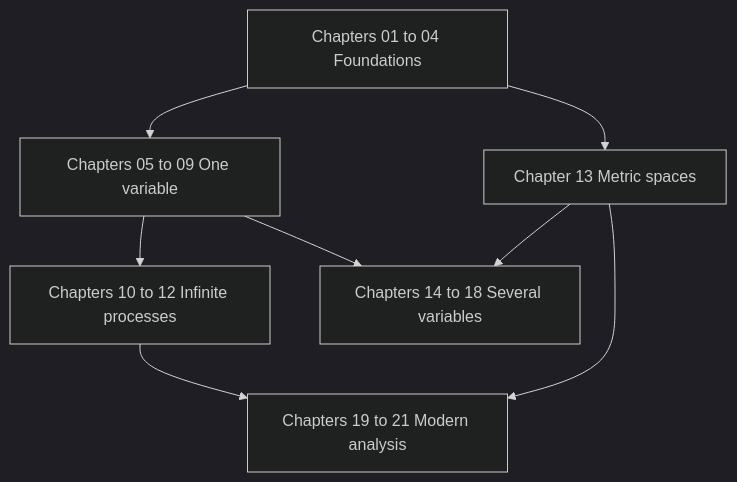
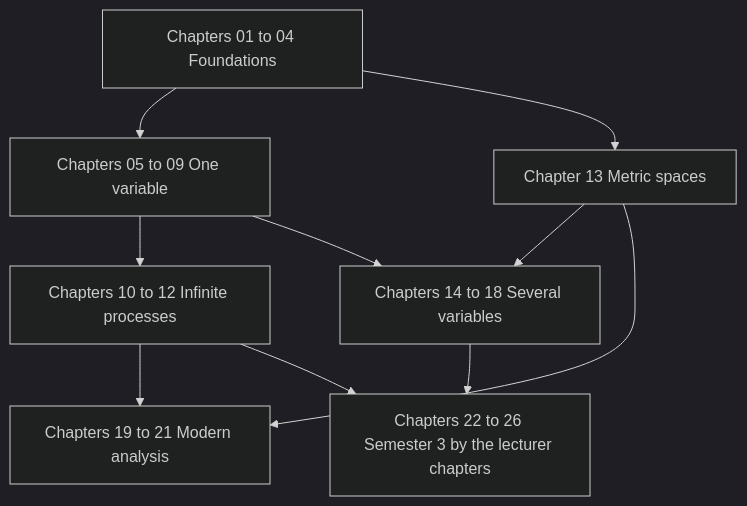
Before and after one commit to NikiHunter/MATAN: the diagram in MathInMind-Obsidian/en/index.md, drawn with Mermaid (dark theme). The commit also changed other lines of this file and 207 other files, not shown here.

First line of the commit message:
G3: chapters 22–26 in the lecturer's numbering (RU, EN, ES)

````diff
--- a/MathInMind-Obsidian/en/index.md
+++ b/MathInMind-Obsidian/en/index.md
@@ -28,10 +28,12 @@
 ```mermaid
 flowchart TD
     A[Chapters 01 to 04 Foundations] --> B[Chapters 05 to 09 One variable]
     B --> C[Chapters 10 to 12 Infinite processes]
     A --> D[Chapter 13 Metric spaces]
     D --> E[Chapters 14 to 18 Several variables]
     B --> E
     C --> F[Chapters 19 to 21 Modern analysis]
     D --> F
+    C --> G[Chapters 22 to 26 Semester 3 by the lecturer chapters]
+    E --> G
 ```
````
